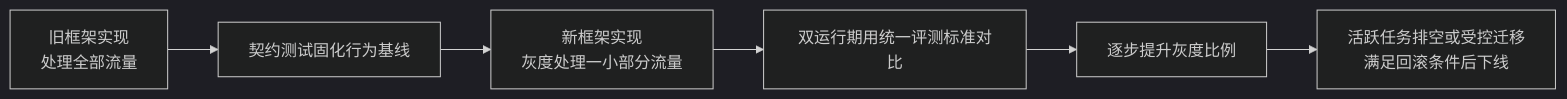
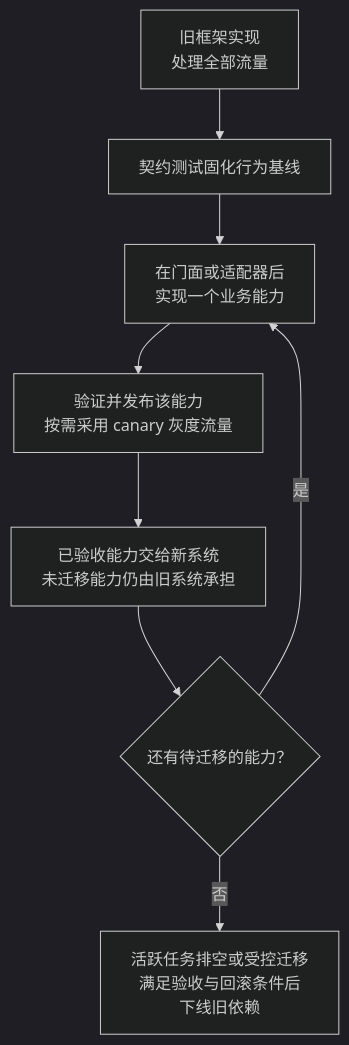
One commit to oneleaveknowsthefall/awesome-ai-roadmap changed the fourth of 4 diagrams in docs/frameworks/06-selection-portability/23-lockin-and-portable-architecture.zh.md. Above: the diagram before and after it, drawn with Mermaid (dark theme). The commit also changed other lines of this file and 24 other files, not shown here.

````diff
--- a/docs/frameworks/06-selection-portability/23-lockin-and-portable-architecture.zh.md
+++ b/docs/frameworks/06-selection-portability/23-lockin-and-portable-architecture.zh.md
@@ -94,8 +94,10 @@
 ```mermaid
-flowchart LR
+flowchart TB
     A["旧框架实现<br/>处理全部流量"] --> B["契约测试固化行为基线"]
-    B --> C["新框架实现<br/>灰度处理一小部分流量"]
-    C --> D["双运行期用统一评测标准对比"]
-    D --> E["逐步提升灰度比例"]
-    E --> F["活跃任务排空或受控迁移<br/>满足回滚条件后下线"]
+    B --> C["在门面或适配器后<br/>实现一个业务能力"]
+    C --> D["验证并发布该能力<br/>按需采用 canary 灰度流量"]
+    D --> E["已验收能力交给新系统<br/>未迁移能力仍由旧系统承担"]
+    E --> G{"还有待迁移的能力？"}
+    G -->|是| C
+    G -->|否| F["活跃任务排空或受控迁移<br/>满足验收与回滚条件后<br/>下线旧依赖"]
 ```
````
